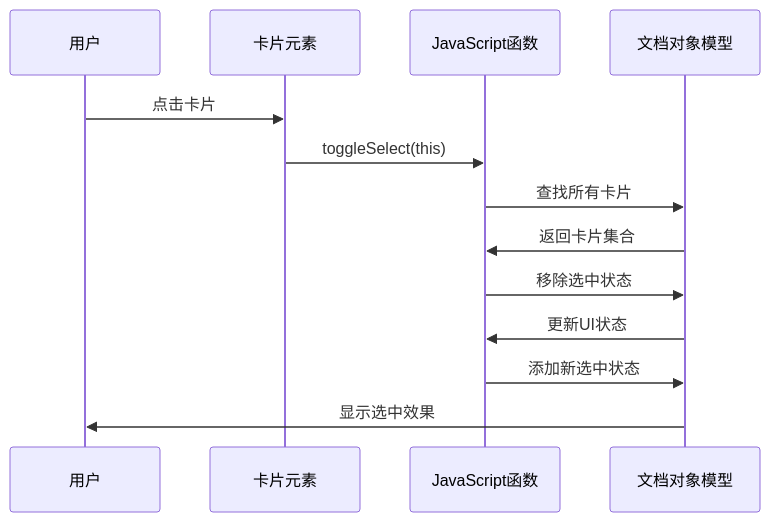
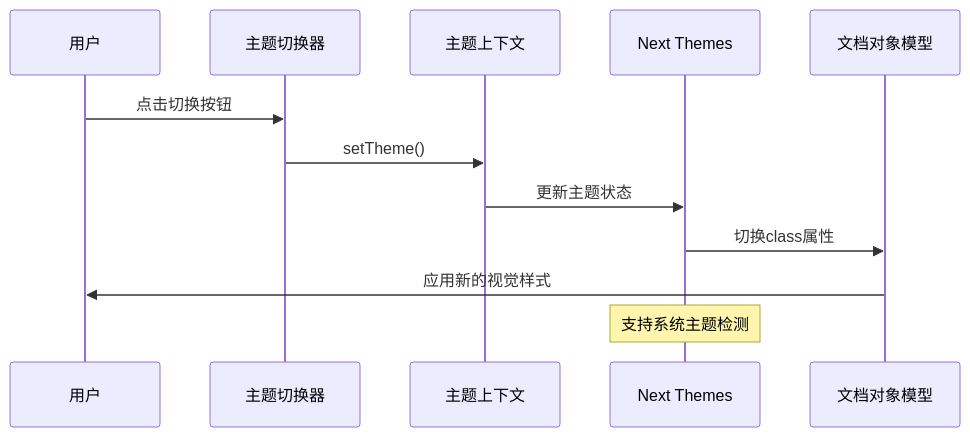
Before and after one commit to huanglixinccc/next-demo-collection: the third of 13 diagrams in .qoder/repowiki/zh/content/布局风格详解.md, drawn with Mermaid. The commit also changed other lines of this file and 6 other files, not shown here.

````diff
--- a/.qoder/repowiki/zh/content/布局风格详解.md
+++ b/.qoder/repowiki/zh/content/布局风格详解.md
@@ -79,15 +144,14 @@
 ```mermaid
 sequenceDiagram
 participant User as 用户
-participant Card as 卡片元素
-participant JS as JavaScript函数
+participant ThemeToggle as 主题切换器
+participant ThemeContext as 主题上下文
+participant NextThemes as Next Themes
 participant DOM as 文档对象模型
-User->>Card : 点击卡片
-Card->>JS : toggleSelect(this)
-JS->>DOM : 查找所有卡片
-DOM->>JS : 返回卡片集合
-JS->>DOM : 移除选中状态
-DOM->>JS : 更新UI状态
-JS->>DOM : 添加新选中状态
-DOM->>User : 显示选中效果
+User->>ThemeToggle : 点击切换按钮
+ThemeToggle->>ThemeContext : setTheme()
+ThemeContext->>NextThemes : 更新主题状态
+NextThemes->>DOM : 切换class属性
+DOM->>User : 应用新的视觉样式
+Note over NextThemes : 支持系统主题检测
 ```
````
